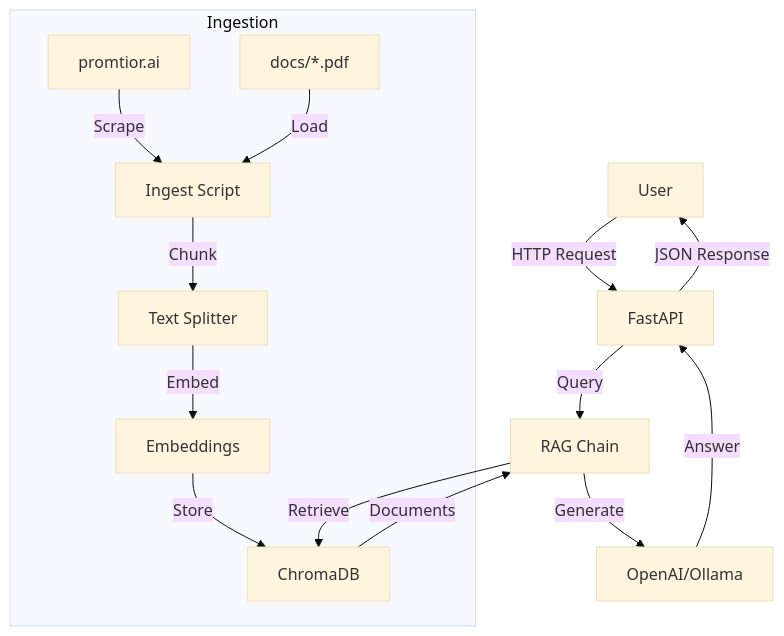
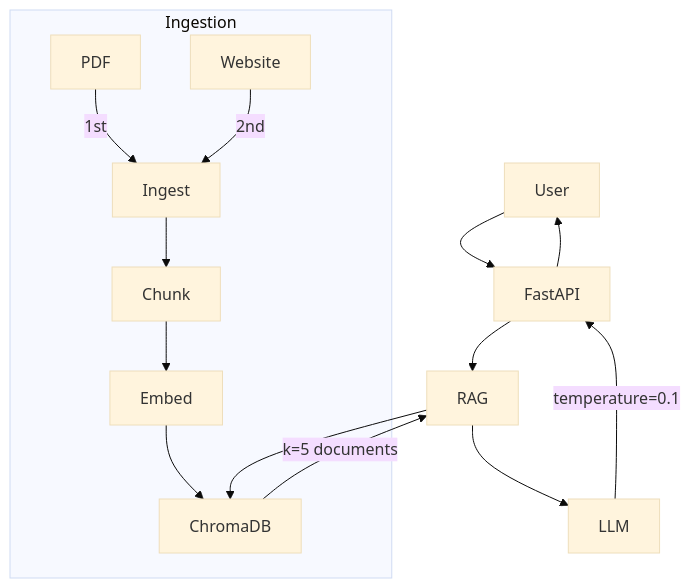
One commit to urrestarazu-alejandro/promtior-chat-assistant changed the diagram in README.md. Above: the diagram before and after it, drawn with Mermaid (base theme). The commit also changed other lines of this file, not shown here.

````diff
--- a/README.md
+++ b/README.md
@@ -99,18 +57,12 @@
 ```mermaid
 graph TD
-    User[User] -->|HTTP Request| FastAPI[FastAPI]
-    FastAPI -->|Query| RAG[RAG Chain]
-    RAG -->|Retrieve| Chroma[ChromaDB]
-    Chroma -->|Documents| RAG
-    RAG -->|Generate| LLM[OpenAI/Ollama]
-    LLM -->|Answer| FastAPI
-    FastAPI -->|JSON Response| User
+    User --> FastAPI --> RAG
+    RAG --> ChromaDB -->|k=5 documents| RAG
+    RAG --> LLM -->|temperature=0.1| FastAPI --> User
     
     subgraph Ingestion
-        Website[promtior.ai] -->|Scrape| Ingest[Ingest Script]
-        PDF[docs/*.pdf] -->|Load| Ingest
-        Ingest -->|Chunk| Splitter[Text Splitter]
-        Splitter -->|Embed| Embeddings[Embeddings]
-        Embeddings -->|Store| Chroma
+        PDF -->|1st| Ingest
+        Website -->|2nd| Ingest
+        Ingest --> Chunk --> Embed --> ChromaDB
     end
 ```
````
